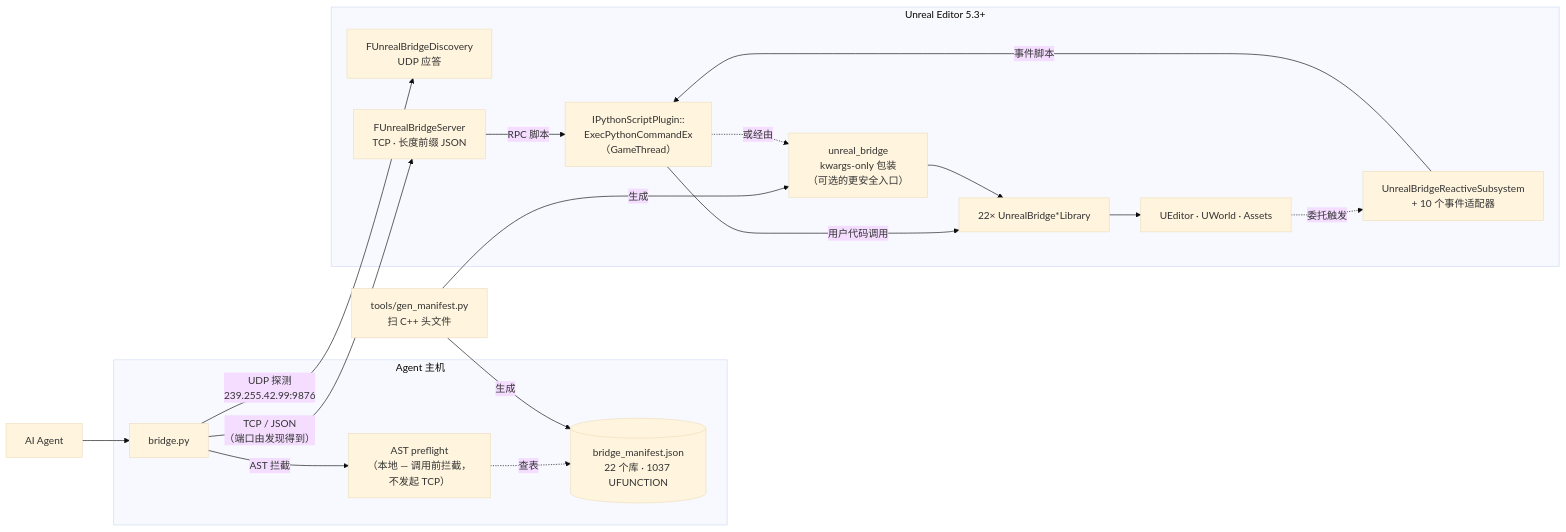
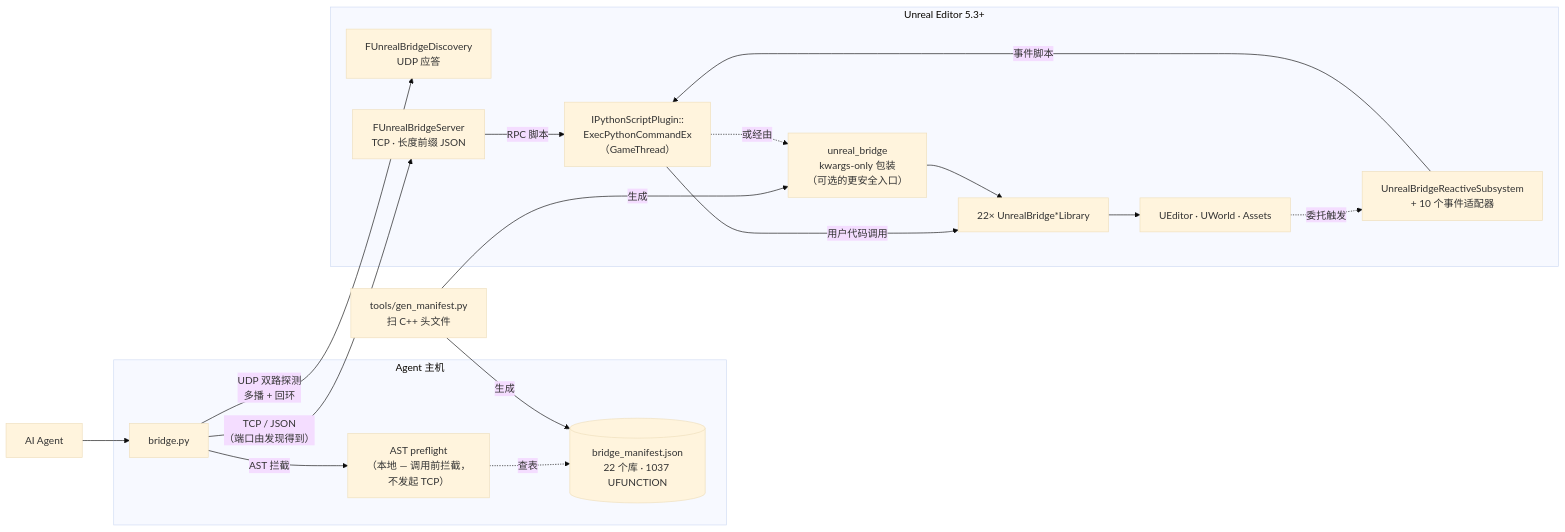
One commit to Tommy1213888/UnrealBridge changed the diagram in README.zh-CN.md. Above: the diagram before and after it, drawn with Mermaid (base theme). The commit also changed other lines of this file and 6 other files, not shown here.

````diff
--- a/README.zh-CN.md
+++ b/README.zh-CN.md
@@ -41,40 +41,40 @@
 ```mermaid
 flowchart LR
     Agent["AI Agent"]
 
     subgraph Host["Agent 主机"]
       CLI["bridge.py"]
       Pre["AST preflight<br/>（本地 — 调用前拦截，<br/>不发起 TCP）"]
       Mani[("bridge_manifest.json<br/>22 个库 · 1037 UFUNCTION")]
     end
 
     Gen["tools/gen_manifest.py<br/>扫 C++ 头文件"]
 
     subgraph UE["Unreal Editor 5.3+"]
       Disc["FUnrealBridgeDiscovery<br/>UDP 应答"]
       Server["FUnrealBridgeServer<br/>TCP · 长度前缀 JSON"]
       Reactive["UnrealBridgeReactiveSubsystem<br/>+ 10 个事件适配器"]
       Exec["IPythonScriptPlugin::<br/>ExecPythonCommandEx<br/>（GameThread）"]
       Wrap["unreal_bridge<br/>kwargs-only 包装<br/>（可选的更安全入口）"]
       Libs["22× UnrealBridge*Library"]
       Engine["UEditor · UWorld · Assets"]
     end
 
     Agent --> CLI
     CLI -- "AST 拦截" --> Pre
     Pre -. "查表" .-> Mani
 
     Gen -- "生成" --> Mani
     Gen -- "生成" --> Wrap
 
-    CLI -- "UDP 探测<br/>239.255.42.99:9876" --> Disc
+    CLI -- "UDP 双路探测<br/>多播 + 回环" --> Disc
     CLI -- "TCP / JSON<br/>（端口由发现得到）" --> Server
     Server -- "RPC 脚本" --> Exec
     Engine -. "委托触发" .-> Reactive
     Reactive -- "事件脚本" --> Exec
 
     Exec -- "用户代码调用" --> Libs
     Exec -. "或经由" .-> Wrap
     Wrap --> Libs
     Libs --> Engine
 ```
````
